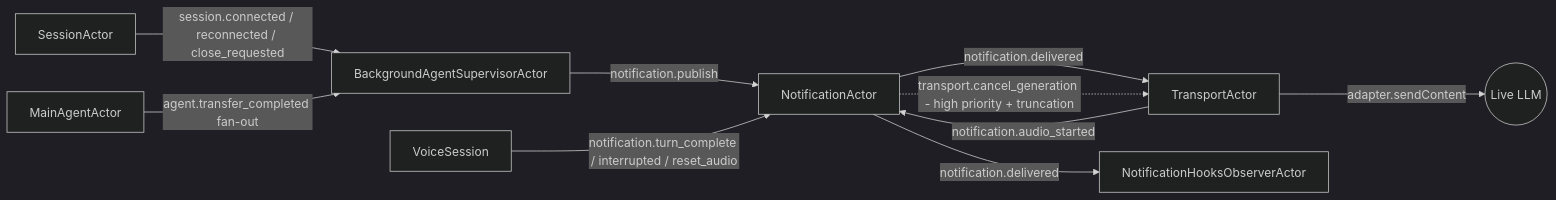
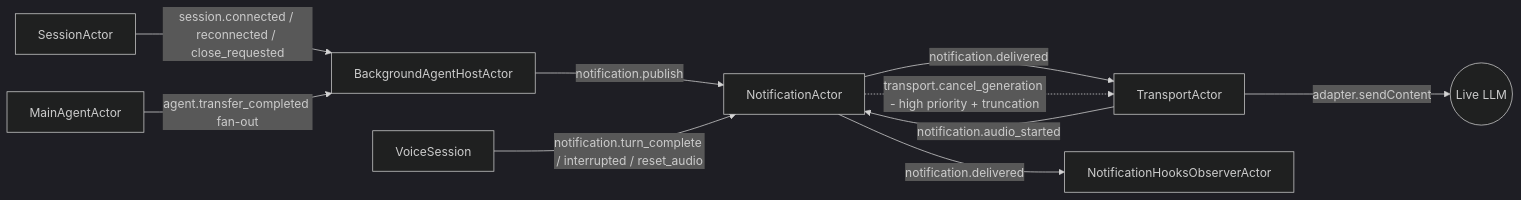
One commit to randombet/bodhi_realtime_agent changed the diagram in docs/advanced/background-agents.md. Above: the diagram before and after it, drawn with Mermaid (dark theme). The commit also changed other lines of this file and 12 other files, not shown here.

````diff
--- a/docs/advanced/background-agents.md
+++ b/docs/advanced/background-agents.md
@@ -140,12 +140,12 @@
 ```mermaid
 flowchart LR
-  Sess[SessionActor] -->|session.connected / reconnected / close_requested| Sup[BackgroundAgentSupervisorActor]
+  Sess[SessionActor] -->|session.connected / reconnected / close_requested| Sup[BackgroundAgentHostActor]
   Main[MainAgentActor] -->|agent.transfer_completed fan-out| Sup
   Sup -->|notification.publish| Notif[NotificationActor]
   VS[VoiceSession] -->|notification.turn_complete / interrupted / reset_audio| Notif
   Trans[TransportActor] -->|notification.audio_started| Notif
   Notif -->|notification.delivered| Trans
   Notif -->|notification.delivered| Hooks[NotificationHooksObserverActor]
   Notif -.->|transport.cancel_generation - high priority + truncation| Trans
   Trans -->|adapter.sendContent| LLM((Live LLM))
 ```
````
